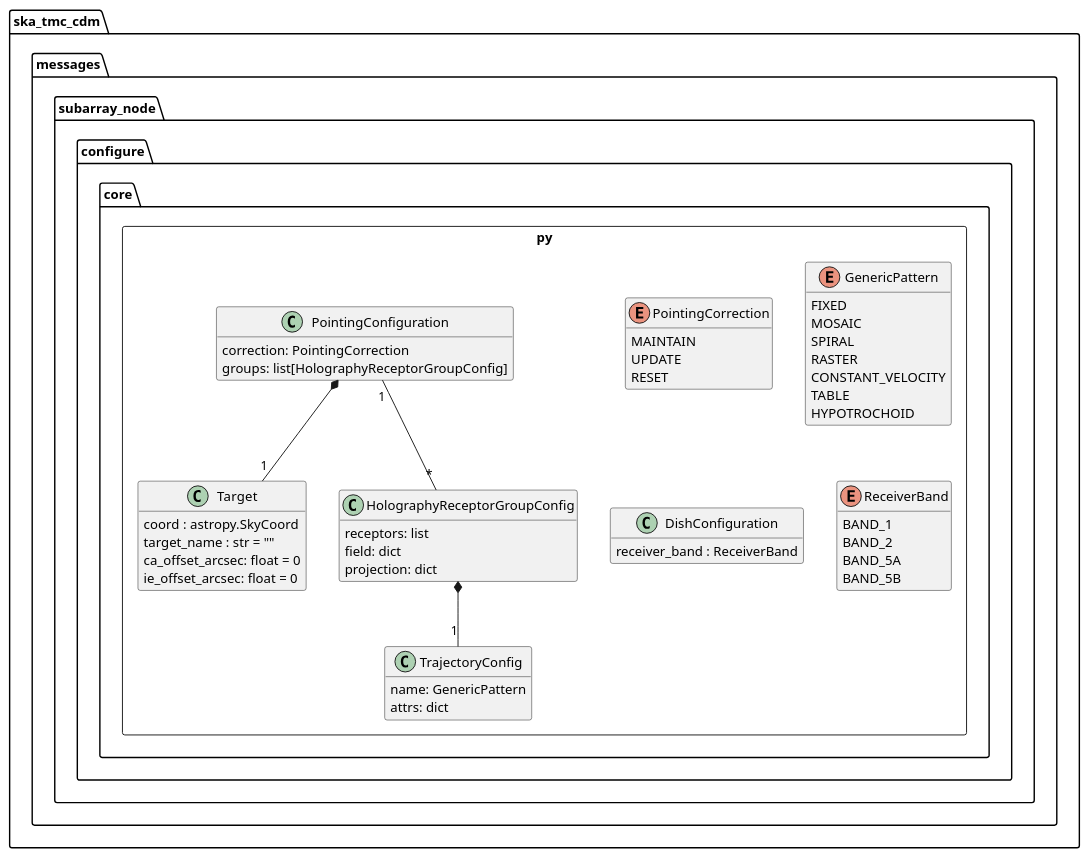
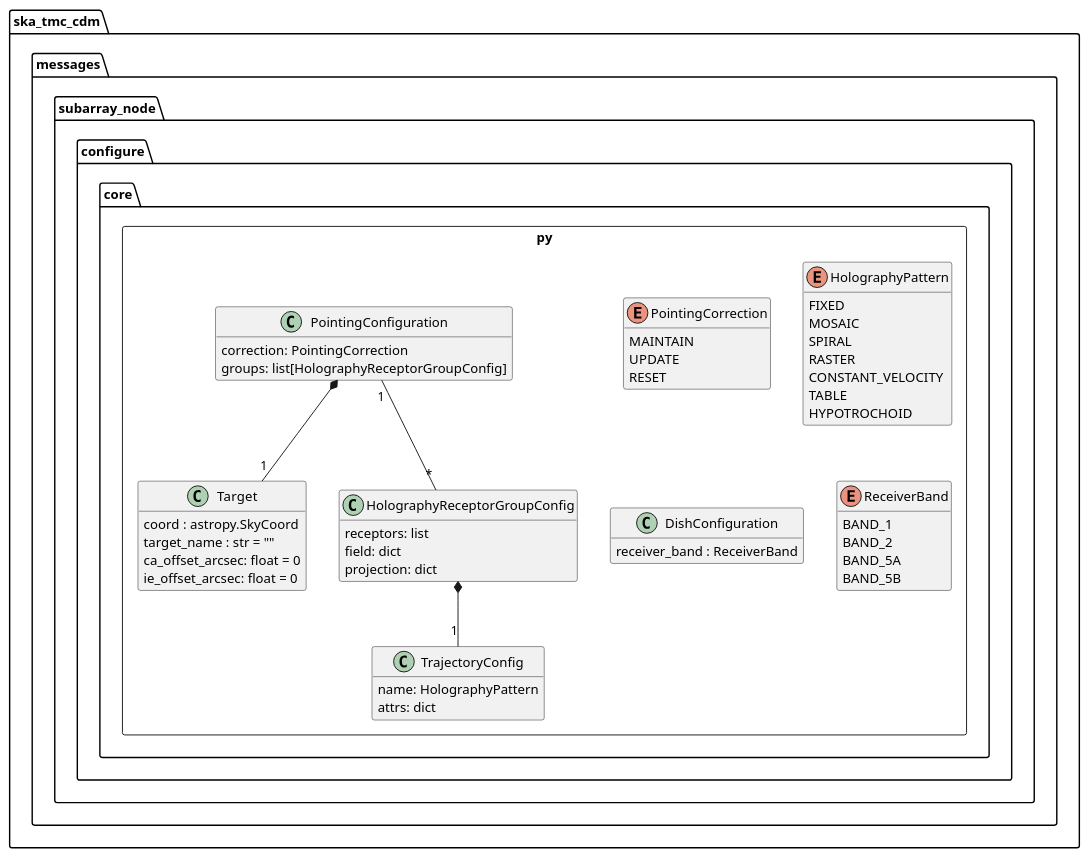
The diagram in docs/src/developer/subarraynode/core.puml (ska-telescope/cdm-shared-library), drawn with PlantUML before and after one commit. The commit also changed 2 other files, not shown here.

Commit message:
HM-530: enum class changed

```diff
--- a/docs/src/developer/subarraynode/core.puml
+++ b/docs/src/developer/subarraynode/core.puml
@@ -1,67 +1,67 @@
 @startuml
 hide empty members
 
 package ska_tmc_cdm.messages.subarray_node.configure {
 
 	package core.py <<Rectangle>> {
 
 		class Target {
 			coord : astropy.SkyCoord
 			target_name : str = ""
 			ca_offset_arcsec: float = 0
 			ie_offset_arcsec: float = 0
 		}
 
 		enum PointingCorrection {
 			MAINTAIN
 			UPDATE
 			RESET
 		}
 
 		class HolographyReceptorGroupConfig {
 		    receptors: list
 		    field: dict
 		    projection: dict
 		}
 
-		enum GenericPattern {
+		enum HolographyPattern {
 		    FIXED
             MOSAIC
             SPIRAL
             RASTER
             CONSTANT_VELOCITY
             TABLE
             HYPOTROCHOID
 		}
 
 		class TrajectoryConfig {
-		    name: GenericPattern
+		    name: HolographyPattern
 		    attrs: dict
 		}
 
 		class PointingConfiguration {
 			correction: PointingCorrection
 			groups: list[HolographyReceptorGroupConfig]
 		}
 		
 		PointingConfiguration *-- "1" Target
 		PointingConfiguration "1"-- "*" HolographyReceptorGroupConfig
 
 		HolographyReceptorGroupConfig *-- "1" TrajectoryConfig
 
 		class DishConfiguration {
 			receiver_band : ReceiverBand
 		}
 
 		enum ReceiverBand {
 			BAND_1
 			BAND_2
 			BAND_5A
 			BAND_5B
 		}
 
 	}
 
 }
 
 @enduml
```
